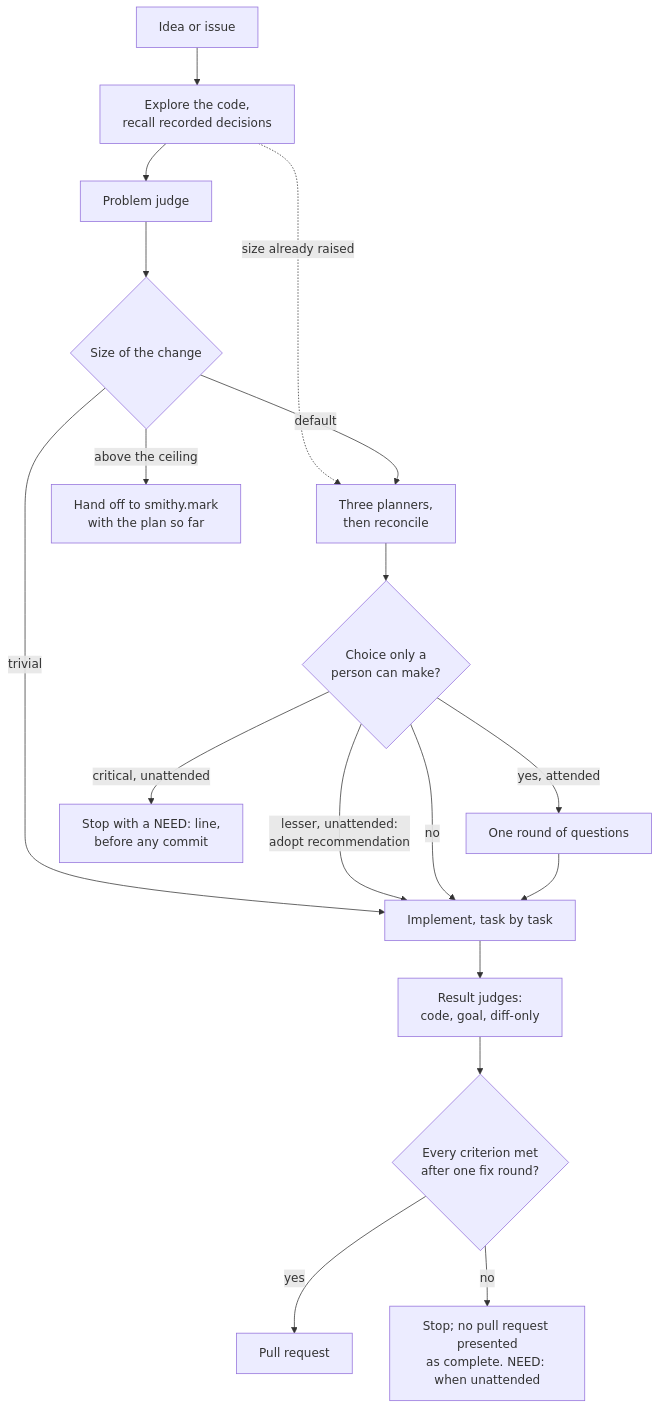
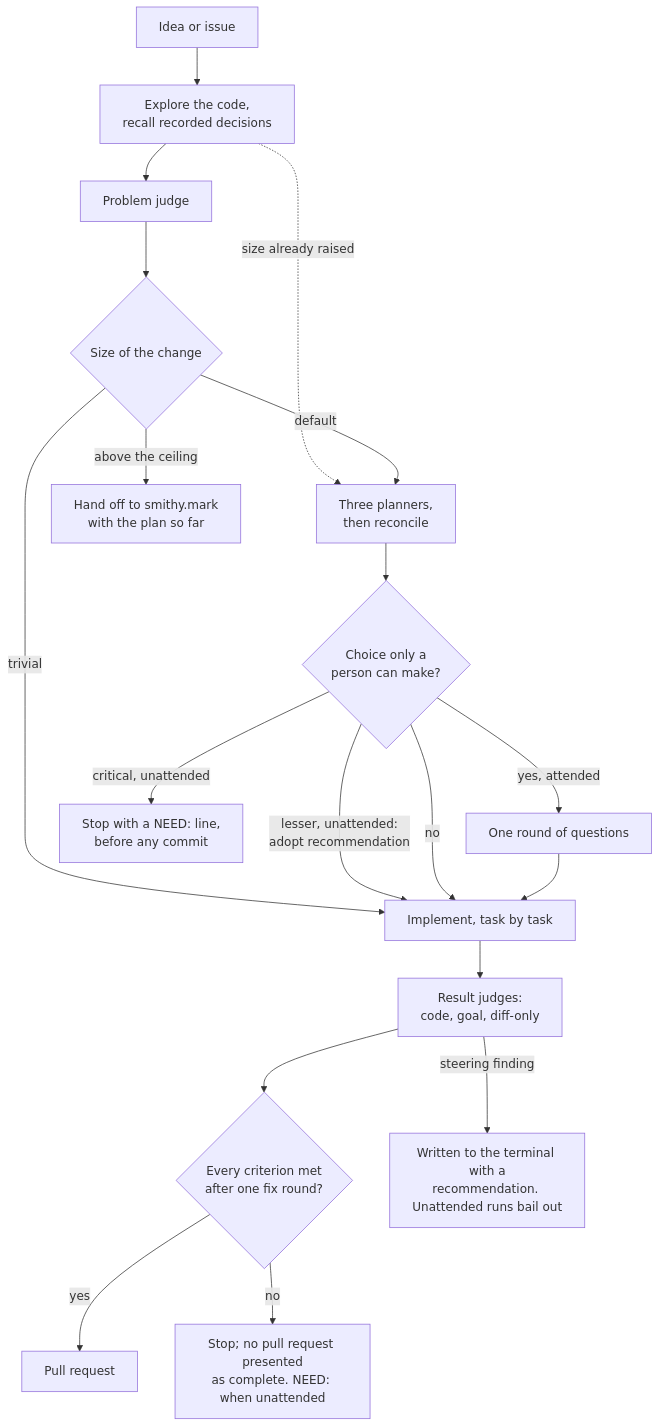
The diagram in docs/rfcs/2026-003-strike-redesign/strike-redesign.rfc.md (Balexda/SmithyCLI), drawn with Mermaid before and after one commit. The commit also changed other lines of this file, not shown here.

````diff
--- a/docs/rfcs/2026-003-strike-redesign/strike-redesign.rfc.md
+++ b/docs/rfcs/2026-003-strike-redesign/strike-redesign.rfc.md
@@ -50,20 +50,21 @@
 ```mermaid
 flowchart TD
     R[Idea or issue] --> X[Explore the code,<br/>recall recorded decisions]
     X --> P[Problem judge]
     X -. size already raised .-> L
     P --> S{Size of the change}
     S -- above the ceiling --> M[Hand off to smithy.mark<br/>with the plan so far]
     S -- default --> L[Three planners,<br/>then reconcile]
     S -- trivial --> I
     L --> Q{Choice only a<br/>person can make?}
     Q -- "yes, attended" --> A[One round of questions]
     Q -- "critical, unattended" --> N["Stop with a NEED: line,<br/>before any commit"]
     Q -- "lesser, unattended:<br/>adopt recommendation" --> I
     Q -- no --> I
     A --> I[Implement, task by task]
     I --> J[Result judges:<br/>code, goal, diff-only]
     J --> C{Every criterion met<br/>after one fix round?}
+    J -- "steering finding" --> F["Written to the terminal with a<br/>recommendation. Unattended runs bail out"]
     C -- yes --> PR[Pull request]
     C -- no --> U["Stop; no pull request presented<br/>as complete. NEED: when unattended"]
 ```
````
